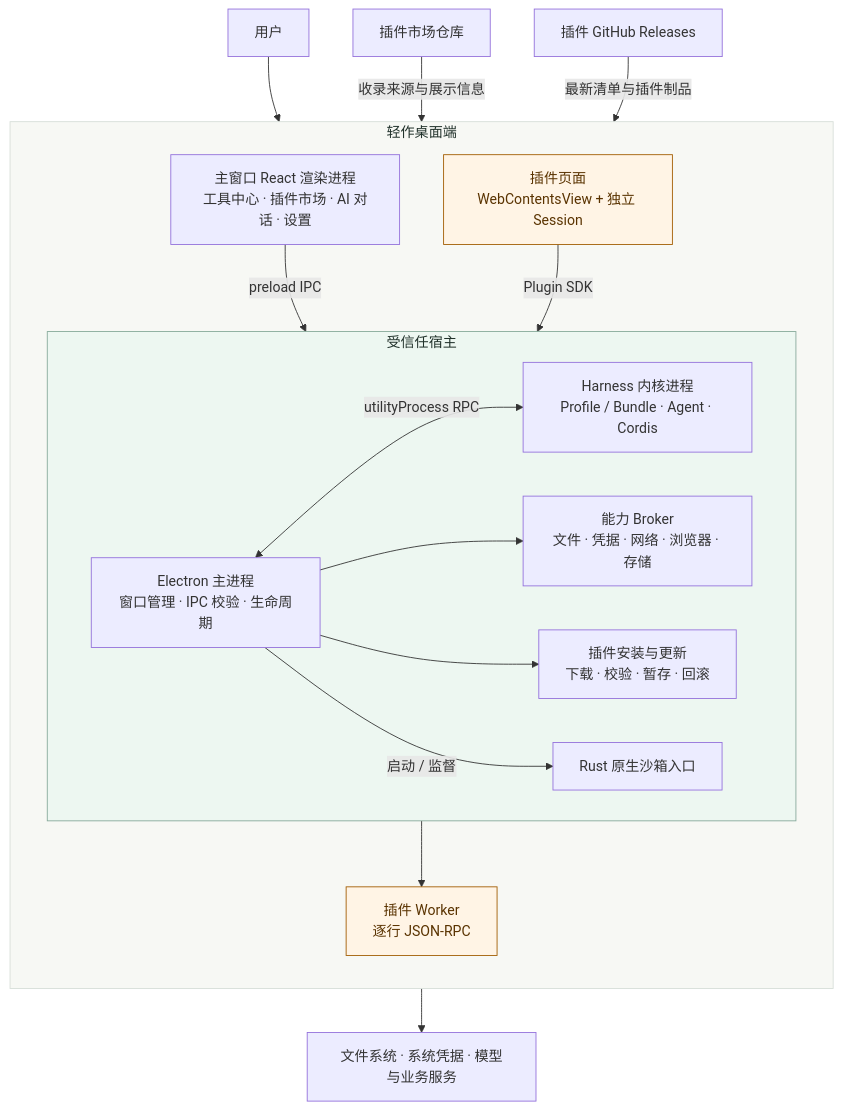
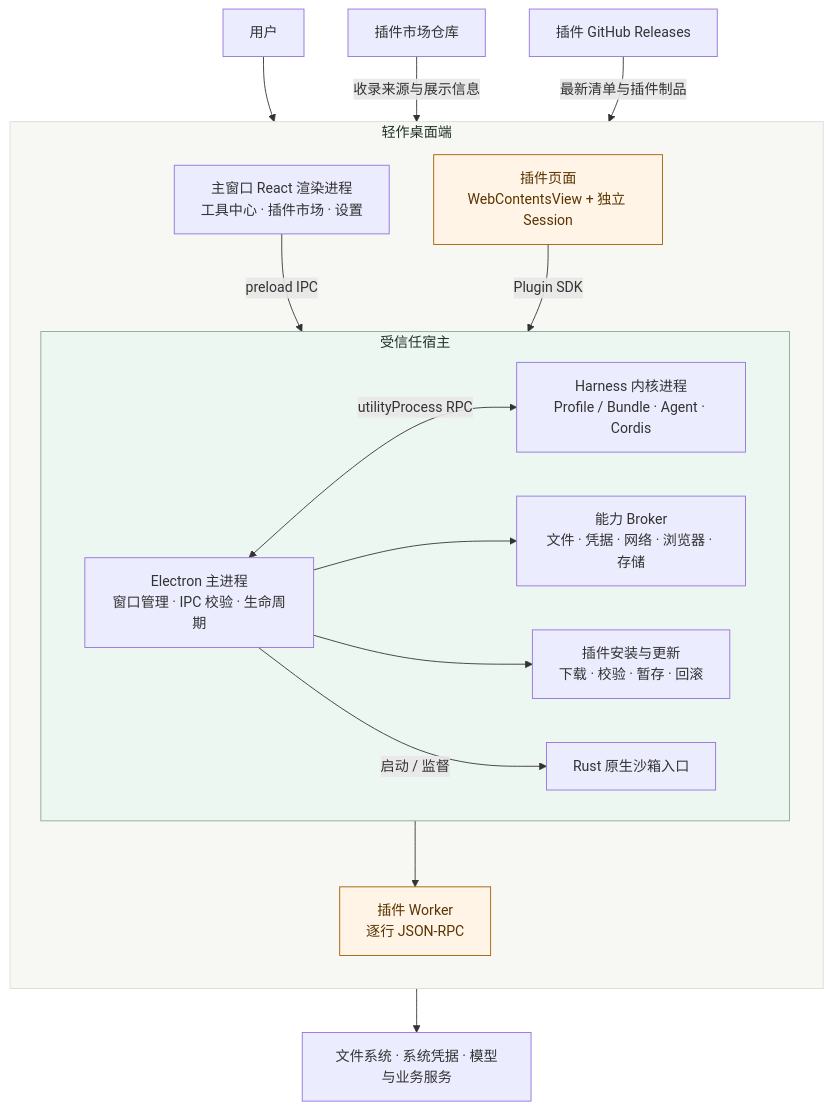
One commit to ZhiPenTu/qingzuo-desktop changed the first of 3 diagrams in docs/architecture.md. Above: the diagram before and after it, drawn with Mermaid. The commit also changed other lines of this file and 54 other files, not shown here.

````diff
--- a/docs/architecture.md
+++ b/docs/architecture.md
@@ -15,37 +15,37 @@
 ```mermaid
 flowchart TB
   User["用户"] --> Shell
 
   subgraph app["轻作桌面端"]
     direction TB
-    Shell["主窗口 React 渲染进程<br/>工具中心 · 插件市场 · AI 对话 · 设置"]
+    Shell["主窗口 React 渲染进程<br/>工具中心 · 插件市场 · 设置"]
     PluginUI["插件页面<br/>WebContentsView + 独立 Session"]
 
     subgraph host["受信任宿主"]
       direction LR
       Main["Electron 主进程<br/>窗口管理 · IPC 校验 · 生命周期"]
       Brokers["能力 Broker<br/>文件 · 凭据 · 网络 · 浏览器 · 存储"]
       Installer["插件安装与更新<br/>下载 · 校验 · 暂存 · 回滚"]
       Kernel["Harness 内核进程<br/>Profile / Bundle · Agent · Cordis"]
       Launcher["Rust 原生沙箱入口"]
     end
 
     Worker["插件 Worker<br/>逐行 JSON-RPC"]
   end
 
   Market["插件市场仓库"] -->|"收录来源与展示信息"| Installer
   Releases["插件 GitHub Releases"] -->|"最新清单与插件制品"| Installer
   Shell -->|"preload IPC"| Main
   PluginUI -->|"Plugin SDK"| Main
   Main <-->|"utilityProcess RPC"| Kernel
   Main --> Brokers
   Main --> Installer
   Main -->|"启动 / 监督"| Launcher
   Launcher --> Worker
   Brokers --> External["文件系统 · 系统凭据 · 模型与业务服务"]
 
   classDef untrusted fill:#fff4e5,stroke:#a15c00,color:#5a3300;
   class PluginUI,Worker untrusted;
   style app fill:#f7f8f4,stroke:#d7ded8,color:#20312a
   style host fill:#edf7f1,stroke:#86a99a,color:#20312a
 ```
````
